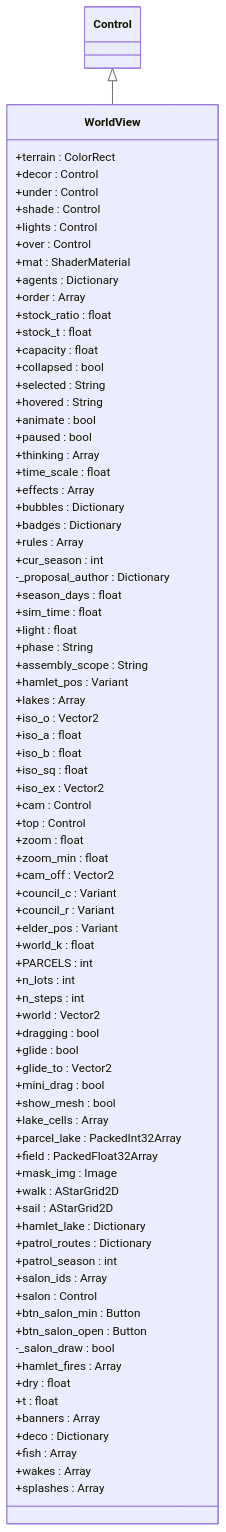
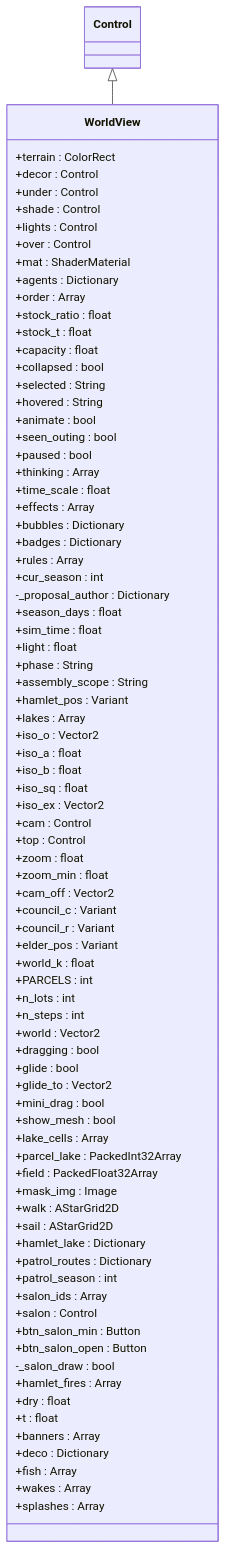
Diagram 24 of 37 in docs/uml/classes-godot.md (Romain-LM-Dev/Projet-Parcours---Filets-de-Vellmor), drawn with Mermaid before and after one commit. The commit also changed other lines of this file and 14 other files, not shown here.

```diff
--- a/docs/uml/classes-godot.md
+++ b/docs/uml/classes-godot.md
@@ -1011,6 +1026,7 @@
         +selected : String
         +hovered : String
         +animate : bool
+        +seen_outing : bool
         +paused : bool
         +thinking : Array
         +time_scale : float
```
